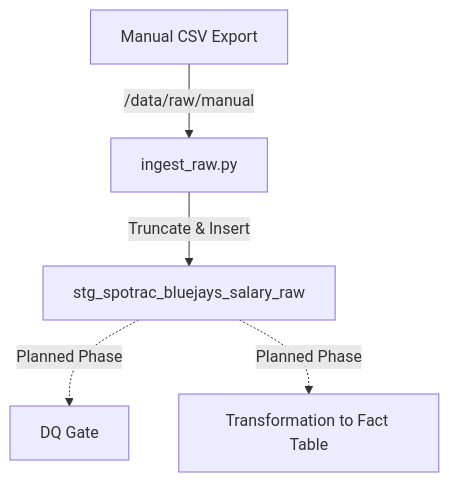
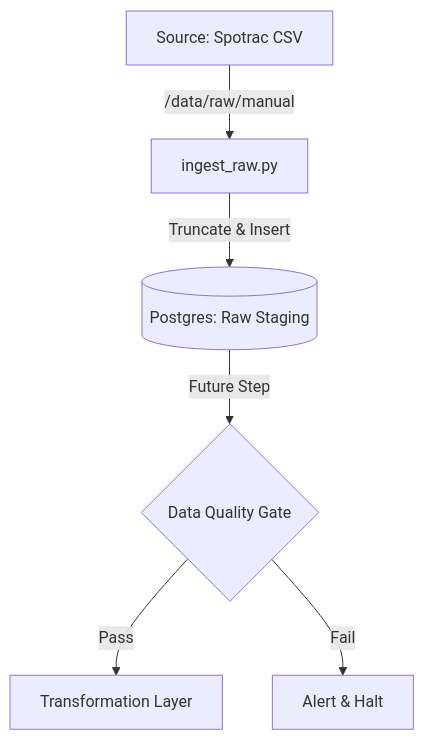
The diagram in README.md (sukminc/bluejays-financial-mlops), drawn with Mermaid before and after one commit. The commit also changed other lines of this file, not shown here.

````diff
--- a/README.md
+++ b/README.md
@@ -47,9 +38,10 @@
 ```mermaid
 graph TD
-    A[Manual CSV Export] -->|/data/raw/manual| B[ingest_raw.py]
-    B -->|Truncate & Insert| C[stg_spotrac_bluejays_salary_raw]
+    A[Source: Spotrac CSV] -->|/data/raw/manual| B[ingest_raw.py]
+    B -->|Truncate & Insert| C[(Postgres: Raw Staging)]
     
-    C -.->|Planned Phase| D[DQ Gate]
-    C -.->|Planned Phase| E[Transformation to Fact Table]
+    C -->|Future Step| D{Data Quality Gate}
+    D -->|Pass| E[Transformation Layer]
+    D -->|Fail| F[Alert & Halt]
 
 ```
````
